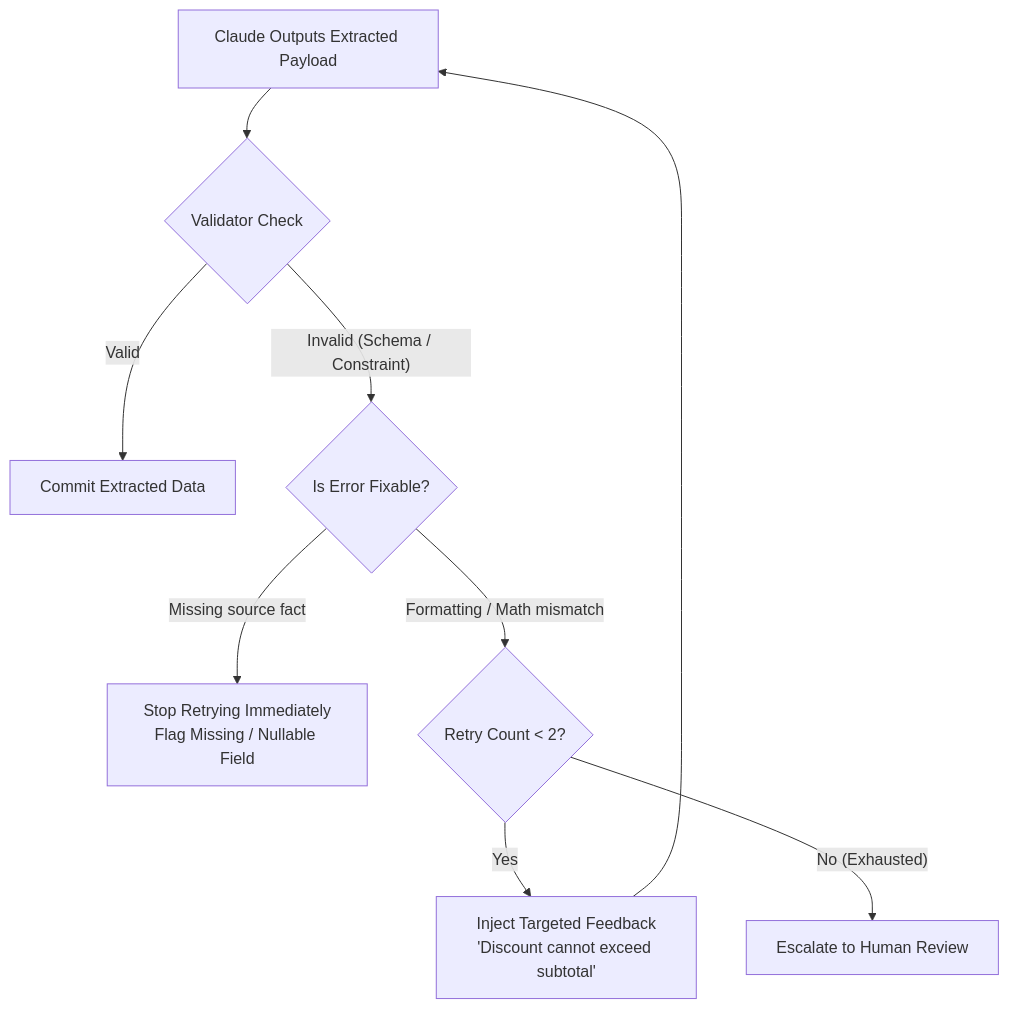
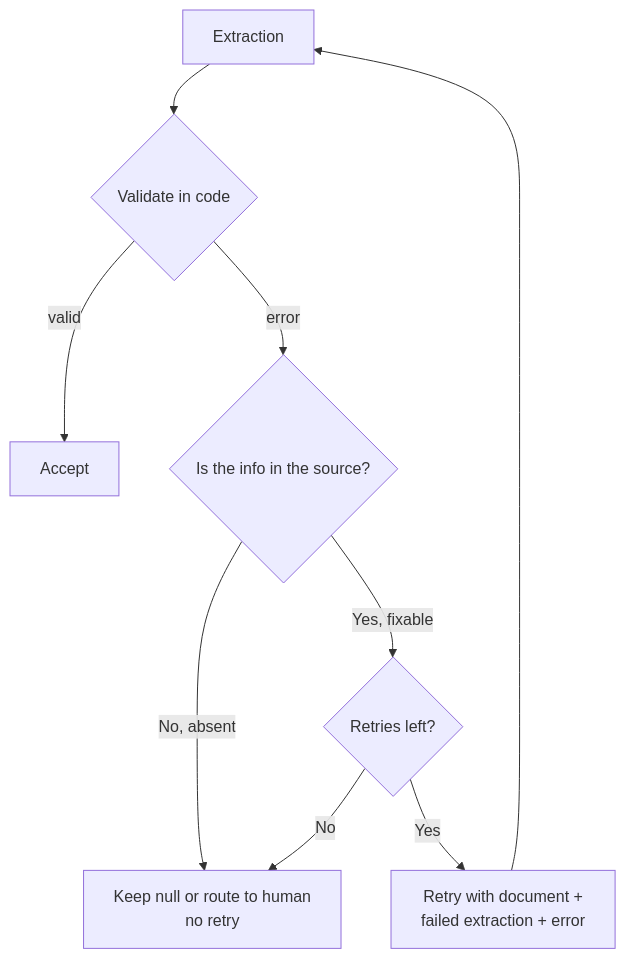
One commit to dip4k/claude_cert_architect_foundation_prep changed the diagram in domain4/ts_4_4_validation_retry_feedback/README.md. Above: the diagram before and after it, drawn with Mermaid. The commit also changed other lines of this file and 133 other files, not shown here.

````diff
--- a/domain4/ts_4_4_validation_retry_feedback/README.md
+++ b/domain4/ts_4_4_validation_retry_feedback/README.md
@@ -68,17 +105,11 @@
 ```mermaid
 flowchart TD
-    Extracted["Claude Outputs Extracted Payload"] --> Validator{"Validator Check"}
-    
-    Validator -->|"Valid"| Success["Commit Extracted Data"]
-    
-    Validator -->|"Invalid (Schema / Constraint)"| ErrorType{"Is Error Fixable?"}
-    
-    ErrorType -->|"Missing source fact"| FastFail["Stop Retrying Immediately<br>Flag Missing / Nullable Field"]
-    
-    ErrorType -->|"Formatting / Math mismatch"| RetryCount{"Retry Count < 2?"}
-    
-    RetryCount -->|"Yes"| FeedBack["Inject Targeted Feedback<br>'Discount cannot exceed subtotal'"]
-    FeedBack --> Extracted
-    
-    RetryCount -->|"No (Exhausted)"| Fallback["Escalate to Human Review"]
+    Extract["Extraction"] --> Validate{"Validate in code"}
+    Validate -->|"valid"| Accept["Accept"]
+    Validate -->|"error"| Kind{"Is the info in the source?"}
+    Kind -->|"No, absent"| Human["Keep null or route to human<br>no retry"]
+    Kind -->|"Yes, fixable"| Budget{"Retries left?"}
+    Budget -->|"Yes"| Retry["Retry with document +<br>failed extraction + error"]
+    Retry --> Extract
+    Budget -->|"No"| Human
 ```
````
